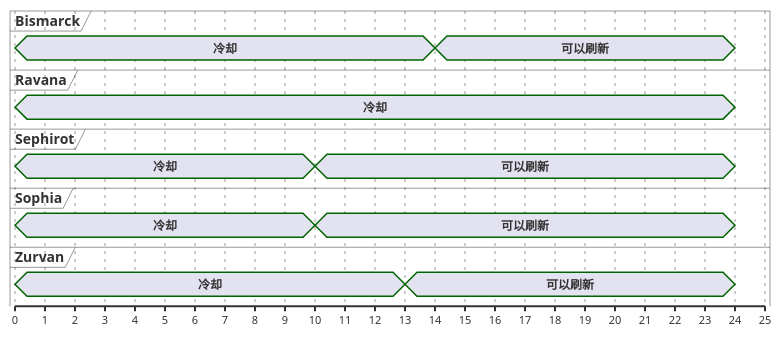
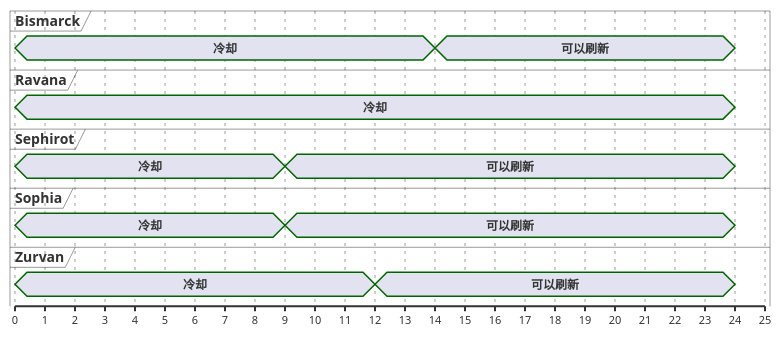
Before and after one commit to Eroleice/doc-pi: diagram 13 of 13 in ffxiv/hunt/5.0/Aglaope.md, drawn with PlantUML. The commit also changed other lines of this file and 38 other files, not shown here.

````diff
--- a/ffxiv/hunt/5.0/Aglaope.md
+++ b/ffxiv/hunt/5.0/Aglaope.md
@@ -668,36 +669,36 @@
 ```plantuml
 @startuml
 scale 1 as 30 pixels
 
 concise Bismarck
 concise Ravana
 concise Sephirot
 concise Sophia
 concise Zurvan
 
 @Sophia
 0 is 冷却
-10 is 可以刷新
+9 is 可以刷新
 24 is {hidden}
 
 @Sephirot
 0 is 冷却
-10 is 可以刷新
+9 is 可以刷新
 24 is {hidden}
 
 @Zurvan
 0 is 冷却
-13 is 可以刷新
+12 is 可以刷新
 24 is {hidden}
 
 @Bismarck
 0 is 冷却
 14 is 可以刷新
 24 is {hidden}
 
 @Ravana
 0 is 冷却
 24 is {hidden}
 
 @enduml
 ```
````
